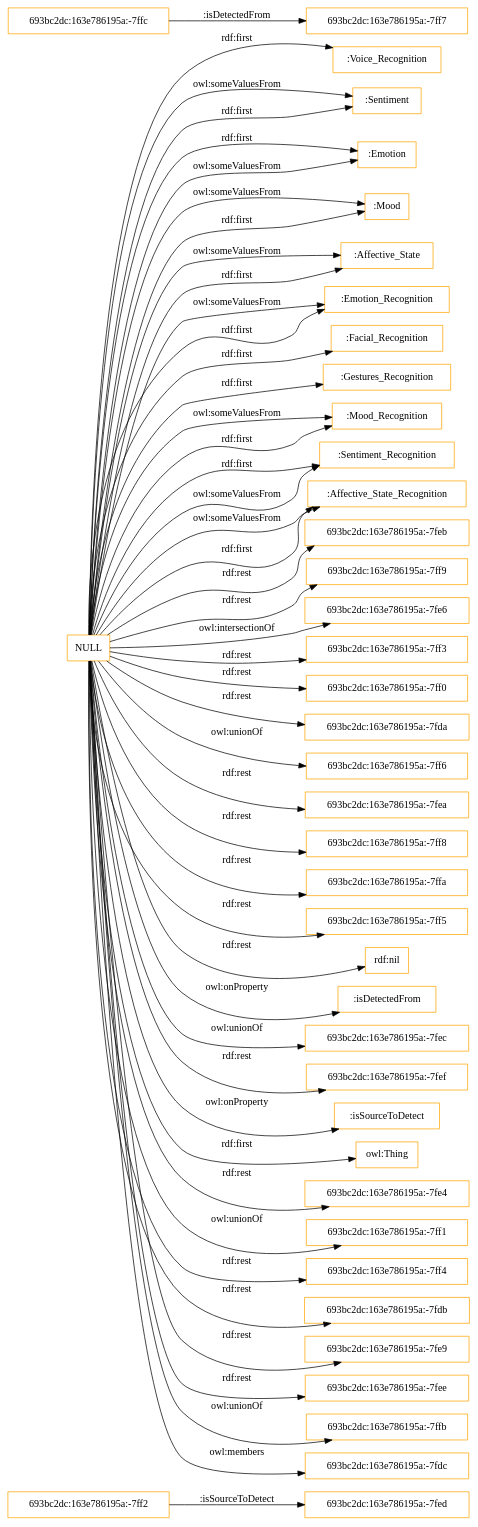
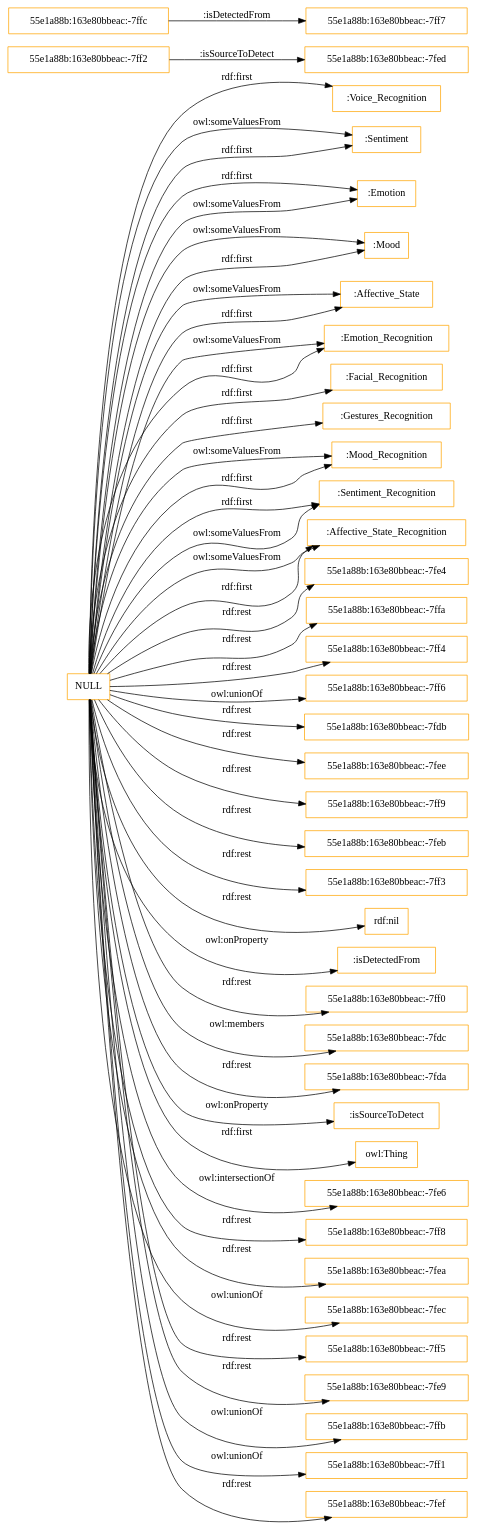
The diagram in OnToology/Affective_States_Recognition_Module.owl/diagrams/ar2dtool-class/Affective_States_Recognition_Module.owl.png.dot (rana-othman/HASIO-Modularization), drawn with Graphviz before and after one commit. The commit also changed 43 other files, not shown here.

```diff
--- a/OnToology/Affective_States_Recognition_Module.owl/diagrams/ar2dtool-class/Affective_States_Recognition_Module.owl.png.dot
+++ b/OnToology/Affective_States_Recognition_Module.owl/diagrams/ar2dtool-class/Affective_States_Recognition_Module.owl.png.dot
@@ -1,52 +1,52 @@
 digraph ar2dtool_diagram { 
 rankdir=LR;
 size="1501"
-node [shape = rectangle, color="orange"]; "693bc2dc:163e786195a:-7fed" ":Voice_Recognition" ":Sentiment" "693bc2dc:163e786195a:-7ff2" ":Emotion" ":Mood" ":Affective_State" ":Emotion_Recognition" "693bc2dc:163e786195a:-7ffc" ":Facial_Recognition" ":Gestures_Recognition" ":Mood_Recognition" ":Sentiment_Recognition" "693bc2dc:163e786195a:-7ff7" ":Affective_State_Recognition" ; /*classes style*/
-	"NULL" -> "693bc2dc:163e786195a:-7feb" [ label = "rdf:rest" ];
-	"NULL" -> "693bc2dc:163e786195a:-7ff9" [ label = "rdf:rest" ];
+node [shape = rectangle, color="orange"]; ":Voice_Recognition" ":Sentiment" "55e1a88b:163e80bbeac:-7ff2" ":Emotion" ":Mood" ":Affective_State" ":Emotion_Recognition" ":Facial_Recognition" "55e1a88b:163e80bbeac:-7ff7" "55e1a88b:163e80bbeac:-7ffc" ":Gestures_Recognition" ":Mood_Recognition" ":Sentiment_Recognition" "55e1a88b:163e80bbeac:-7fed" ":Affective_State_Recognition" ; /*classes style*/
+	"NULL" -> "55e1a88b:163e80bbeac:-7fe4" [ label = "rdf:rest" ];
+	"NULL" -> "55e1a88b:163e80bbeac:-7ffa" [ label = "rdf:rest" ];
 	"NULL" -> ":Sentiment_Recognition" [ label = "rdf:first" ];
-	"NULL" -> "693bc2dc:163e786195a:-7fe6" [ label = "owl:intersectionOf" ];
-	"NULL" -> "693bc2dc:163e786195a:-7ff3" [ label = "rdf:rest" ];
+	"NULL" -> "55e1a88b:163e80bbeac:-7ff4" [ label = "rdf:rest" ];
 	"NULL" -> ":Voice_Recognition" [ label = "rdf:first" ];
 	"NULL" -> ":Mood_Recognition" [ label = "owl:someValuesFrom" ];
-	"NULL" -> "693bc2dc:163e786195a:-7ff0" [ label = "rdf:rest" ];
+	"NULL" -> "55e1a88b:163e80bbeac:-7ff6" [ label = "owl:unionOf" ];
 	"NULL" -> ":Emotion_Recognition" [ label = "owl:someValuesFrom" ];
-	"NULL" -> "693bc2dc:163e786195a:-7fda" [ label = "rdf:rest" ];
-	"NULL" -> "693bc2dc:163e786195a:-7ff6" [ label = "owl:unionOf" ];
-	"NULL" -> "693bc2dc:163e786195a:-7fea" [ label = "rdf:rest" ];
+	"NULL" -> "55e1a88b:163e80bbeac:-7fdb" [ label = "rdf:rest" ];
+	"NULL" -> "55e1a88b:163e80bbeac:-7fee" [ label = "rdf:rest" ];
 	"NULL" -> ":Emotion_Recognition" [ label = "rdf:first" ];
-	"NULL" -> "693bc2dc:163e786195a:-7ff8" [ label = "rdf:rest" ];
-	"NULL" -> "693bc2dc:163e786195a:-7ffa" [ label = "rdf:rest" ];
-	"NULL" -> "693bc2dc:163e786195a:-7ff5" [ label = "rdf:rest" ];
+	"NULL" -> "55e1a88b:163e80bbeac:-7ff9" [ label = "rdf:rest" ];
+	"NULL" -> "55e1a88b:163e80bbeac:-7feb" [ label = "rdf:rest" ];
 	"NULL" -> ":Facial_Recognition" [ label = "rdf:first" ];
+	"NULL" -> "55e1a88b:163e80bbeac:-7ff3" [ label = "rdf:rest" ];
 	"NULL" -> "rdf:nil" [ label = "rdf:rest" ];
 	"NULL" -> ":isDetectedFrom" [ label = "owl:onProperty" ];
-	"NULL" -> "693bc2dc:163e786195a:-7fec" [ label = "owl:unionOf" ];
+	"NULL" -> "55e1a88b:163e80bbeac:-7ff0" [ label = "rdf:rest" ];
 	"NULL" -> ":Mood" [ label = "owl:someValuesFrom" ];
-	"NULL" -> "693bc2dc:163e786195a:-7fef" [ label = "rdf:rest" ];
+	"NULL" -> ":Emotion" [ label = "rdf:first" ];
 	"NULL" -> ":Sentiment" [ label = "owl:someValuesFrom" ];
-	"NULL" -> ":Emotion" [ label = "rdf:first" ];
+	"NULL" -> "55e1a88b:163e80bbeac:-7fdc" [ label = "owl:members" ];
+	"NULL" -> "55e1a88b:163e80bbeac:-7fda" [ label = "rdf:rest" ];
 	"NULL" -> ":isSourceToDetect" [ label = "owl:onProperty" ];
 	"NULL" -> "owl:Thing" [ label = "rdf:first" ];
 	"NULL" -> ":Emotion" [ label = "owl:someValuesFrom" ];
-	"NULL" -> "693bc2dc:163e786195a:-7fe4" [ label = "rdf:rest" ];
-	"NULL" -> "693bc2dc:163e786195a:-7ff1" [ label = "owl:unionOf" ];
+	"NULL" -> "55e1a88b:163e80bbeac:-7fe6" [ label = "owl:intersectionOf" ];
 	"NULL" -> ":Affective_State_Recognition" [ label = "owl:someValuesFrom" ];
 	"NULL" -> ":Affective_State" [ label = "owl:someValuesFrom" ];
+	"NULL" -> "55e1a88b:163e80bbeac:-7ff8" [ label = "rdf:rest" ];
+	"NULL" -> "55e1a88b:163e80bbeac:-7fea" [ label = "rdf:rest" ];
+	"NULL" -> "55e1a88b:163e80bbeac:-7fec" [ label = "owl:unionOf" ];
 	"NULL" -> ":Mood_Recognition" [ label = "rdf:first" ];
-	"NULL" -> "693bc2dc:163e786195a:-7ff4" [ label = "rdf:rest" ];
+	"NULL" -> "55e1a88b:163e80bbeac:-7ff5" [ label = "rdf:rest" ];
+	"NULL" -> "55e1a88b:163e80bbeac:-7fe9" [ label = "rdf:rest" ];
 	"NULL" -> ":Gestures_Recognition" [ label = "rdf:first" ];
 	"NULL" -> ":Sentiment_Recognition" [ label = "owl:someValuesFrom" ];
 	"NULL" -> ":Mood" [ label = "rdf:first" ];
 	"NULL" -> ":Affective_State_Recognition" [ label = "rdf:first" ];
 	"NULL" -> ":Affective_State" [ label = "rdf:first" ];
-	"NULL" -> "693bc2dc:163e786195a:-7fdb" [ label = "rdf:rest" ];
+	"NULL" -> "55e1a88b:163e80bbeac:-7ffb" [ label = "owl:unionOf" ];
 	"NULL" -> ":Sentiment" [ label = "rdf:first" ];
-	"NULL" -> "693bc2dc:163e786195a:-7fe9" [ label = "rdf:rest" ];
-	"NULL" -> "693bc2dc:163e786195a:-7fee" [ label = "rdf:rest" ];
-	"NULL" -> "693bc2dc:163e786195a:-7ffb" [ label = "owl:unionOf" ];
-	"NULL" -> "693bc2dc:163e786195a:-7fdc" [ label = "owl:members" ];
-	"693bc2dc:163e786195a:-7ffc" -> "693bc2dc:163e786195a:-7ff7" [ label = ":isDetectedFrom" ];
-	"693bc2dc:163e786195a:-7ff2" -> "693bc2dc:163e786195a:-7fed" [ label = ":isSourceToDetect" ];
+	"NULL" -> "55e1a88b:163e80bbeac:-7ff1" [ label = "owl:unionOf" ];
+	"NULL" -> "55e1a88b:163e80bbeac:-7fef" [ label = "rdf:rest" ];
+	"55e1a88b:163e80bbeac:-7ffc" -> "55e1a88b:163e80bbeac:-7ff7" [ label = ":isDetectedFrom" ];
+	"55e1a88b:163e80bbeac:-7ff2" -> "55e1a88b:163e80bbeac:-7fed" [ label = ":isSourceToDetect" ];
 
 }
```
